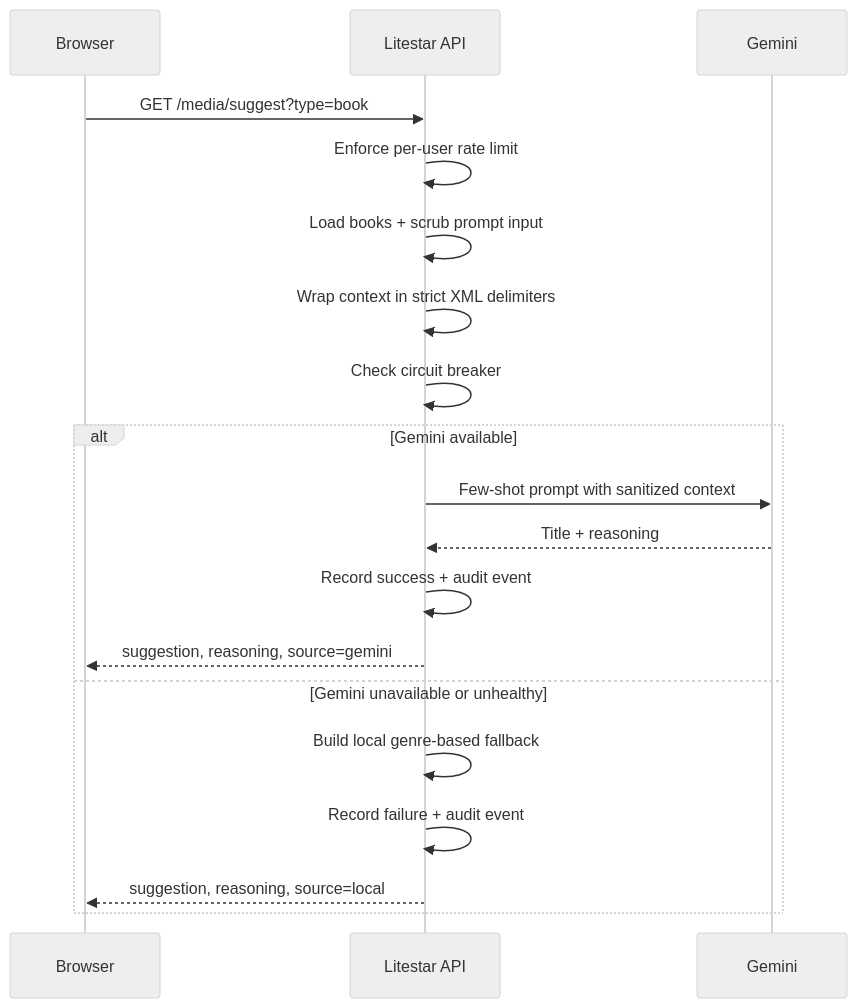
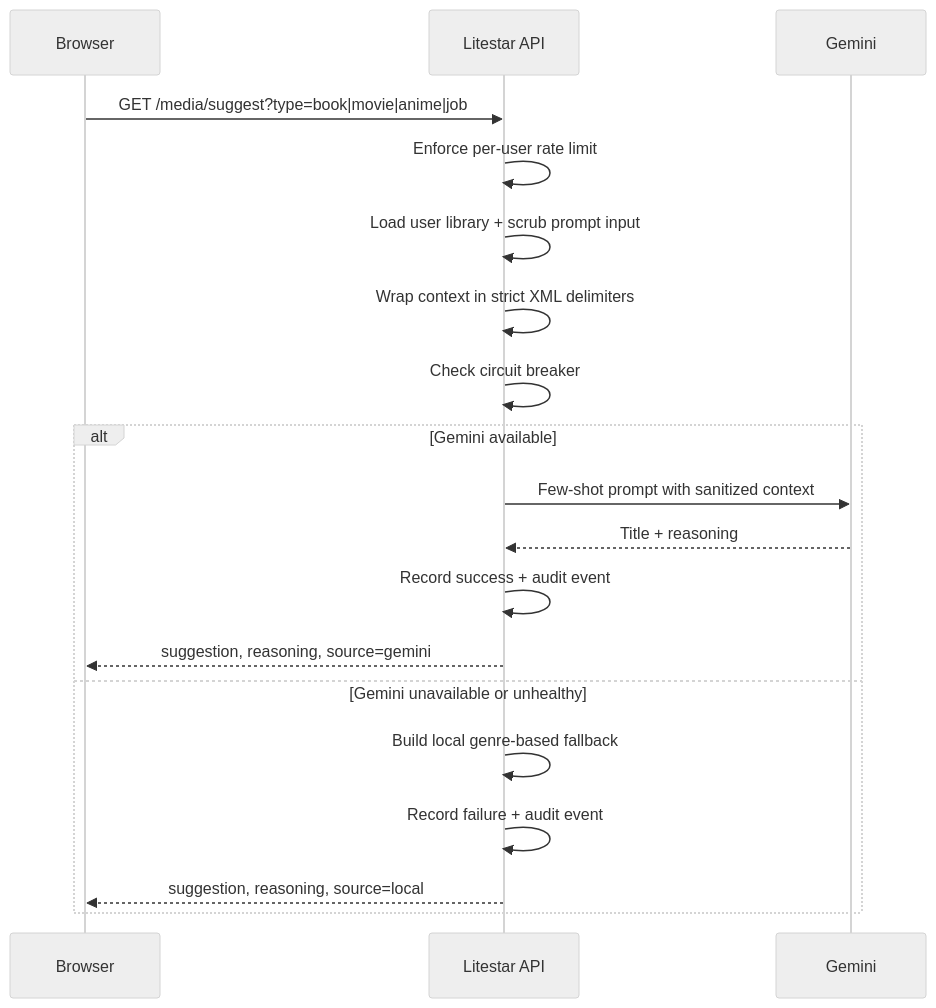
One commit to Raoof128/Nexus-OS changed the second of 2 diagrams in docs/architecture.md. Above: the diagram before and after it, drawn with Mermaid (neutral theme). The commit also changed other lines of this file and 7 other files, not shown here.

First line of the commit message:
docs: update all documentation for job tracker media type

````diff
--- a/docs/architecture.md
+++ b/docs/architecture.md
@@ -40,22 +40,22 @@
 ```mermaid
 sequenceDiagram
   participant Browser
   participant API as Litestar API
   participant Gemini
 
-  Browser->>API: GET /media/suggest?type=book
+  Browser->>API: GET /media/suggest?type=book|movie|anime|job
   API->>API: Enforce per-user rate limit
-  API->>API: Load books + scrub prompt input
+  API->>API: Load user library + scrub prompt input
   API->>API: Wrap context in strict XML delimiters
   API->>API: Check circuit breaker
   alt Gemini available
     API->>Gemini: Few-shot prompt with sanitized context
     Gemini-->>API: Title + reasoning
     API->>API: Record success + audit event
     API-->>Browser: suggestion, reasoning, source=gemini
   else Gemini unavailable or unhealthy
     API->>API: Build local genre-based fallback
     API->>API: Record failure + audit event
     API-->>Browser: suggestion, reasoning, source=local
   end
 ```
````
